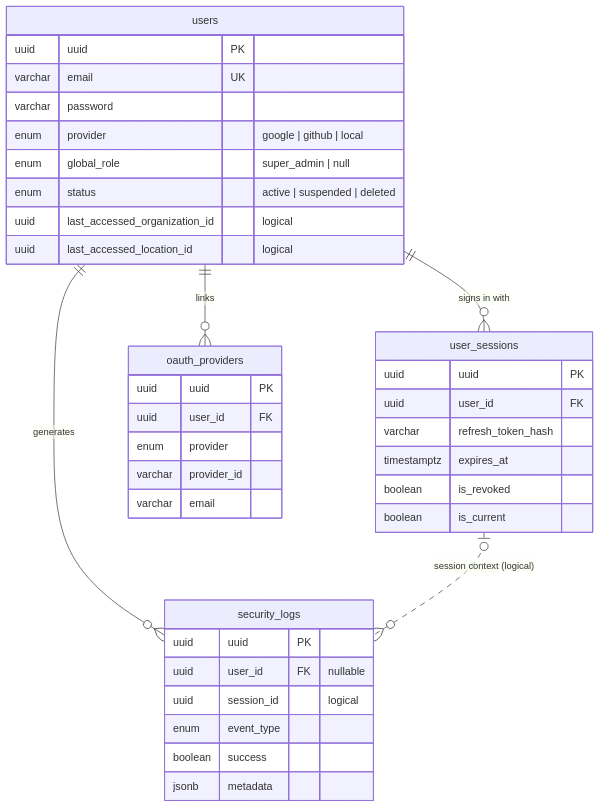
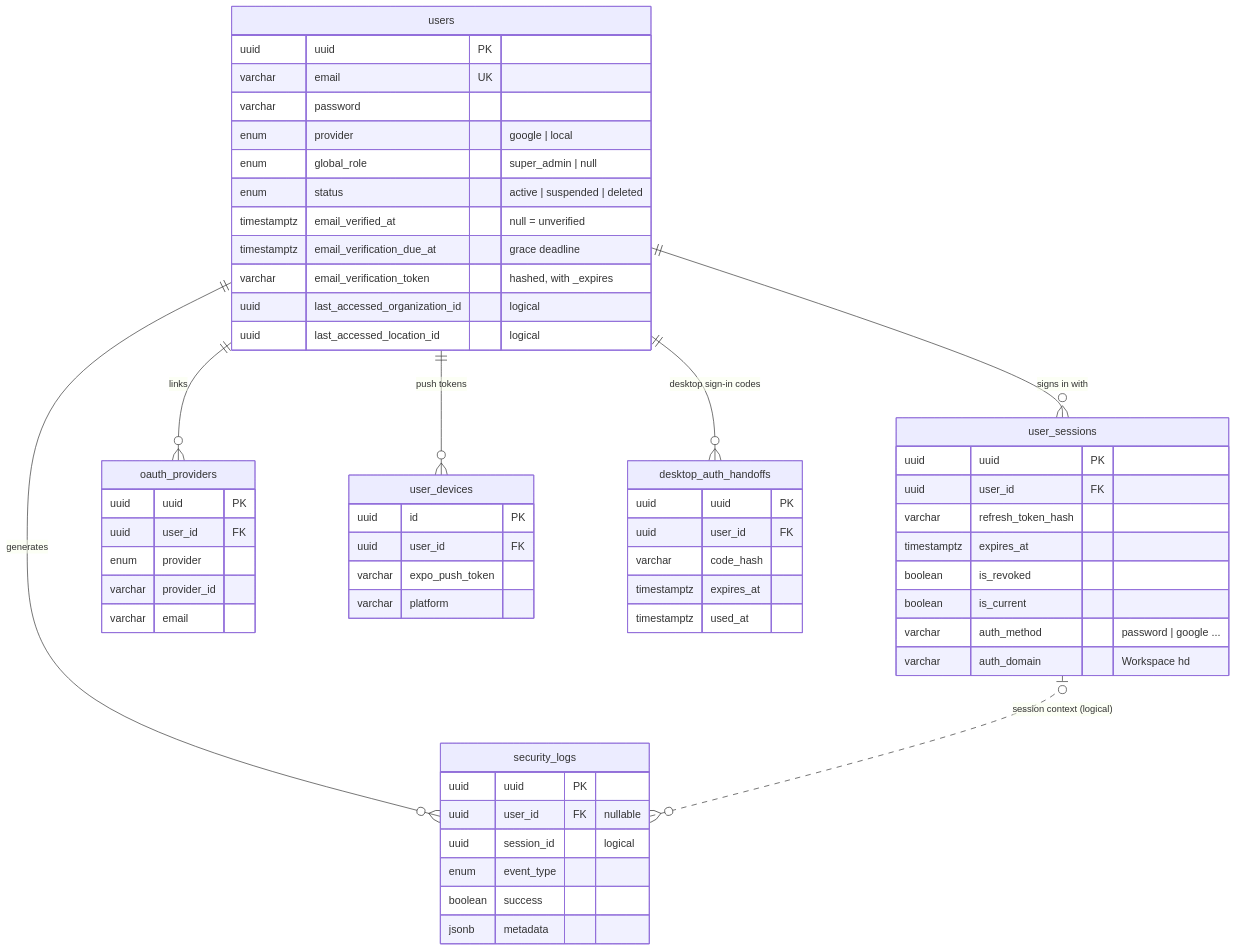
The first of 3 diagrams in docs/auth-access-erd.md (moinuddin2004/cms), drawn with Mermaid before and after one commit. The commit also changed other lines of this file and 48 other files, not shown here.

````diff
--- a/docs/auth-access-erd.md
+++ b/docs/auth-access-erd.md
@@ -17,44 +17,66 @@
 ```mermaid
 erDiagram
     users ||--o{ user_sessions : "signs in with"
     users ||--o{ security_logs : "generates"
     users ||--o{ oauth_providers : "links"
+    users ||--o{ user_devices : "push tokens"
+    users ||--o{ desktop_auth_handoffs : "desktop sign-in codes"
     user_sessions |o..o{ security_logs : "session context (logical)"
 
     users {
         uuid uuid PK
         varchar email UK
         varchar password
-        enum provider "google | github | local"
+        enum provider "google | local"
         enum global_role "super_admin | null"
         enum status "active | suspended | deleted"
+        timestamptz email_verified_at "null = unverified"
+        timestamptz email_verification_due_at "grace deadline"
+        varchar email_verification_token "hashed, with _expires"
         uuid last_accessed_organization_id "logical"
         uuid last_accessed_location_id "logical"
     }
 
     user_sessions {
         uuid uuid PK
         uuid user_id FK
         varchar refresh_token_hash
         timestamptz expires_at
         boolean is_revoked
         boolean is_current
+        varchar auth_method "password | google ..."
+        varchar auth_domain "Workspace hd"
+    }
+
+    user_devices {
+        uuid id PK
+        uuid user_id FK
+        varchar expo_push_token
+        varchar platform
+    }
+
+    desktop_auth_handoffs {
+        uuid uuid PK
+        uuid user_id FK
+        varchar code_hash
+        timestamptz expires_at
+        timestamptz used_at
     }
 
     security_logs {
         uuid uuid PK
         uuid user_id FK "nullable"
         uuid session_id "logical"
         enum event_type
         boolean success
         jsonb metadata
     }
 
     oauth_providers {
         uuid uuid PK
         uuid user_id FK
         enum provider
         varchar provider_id
         varchar email
     }
 ```
````
